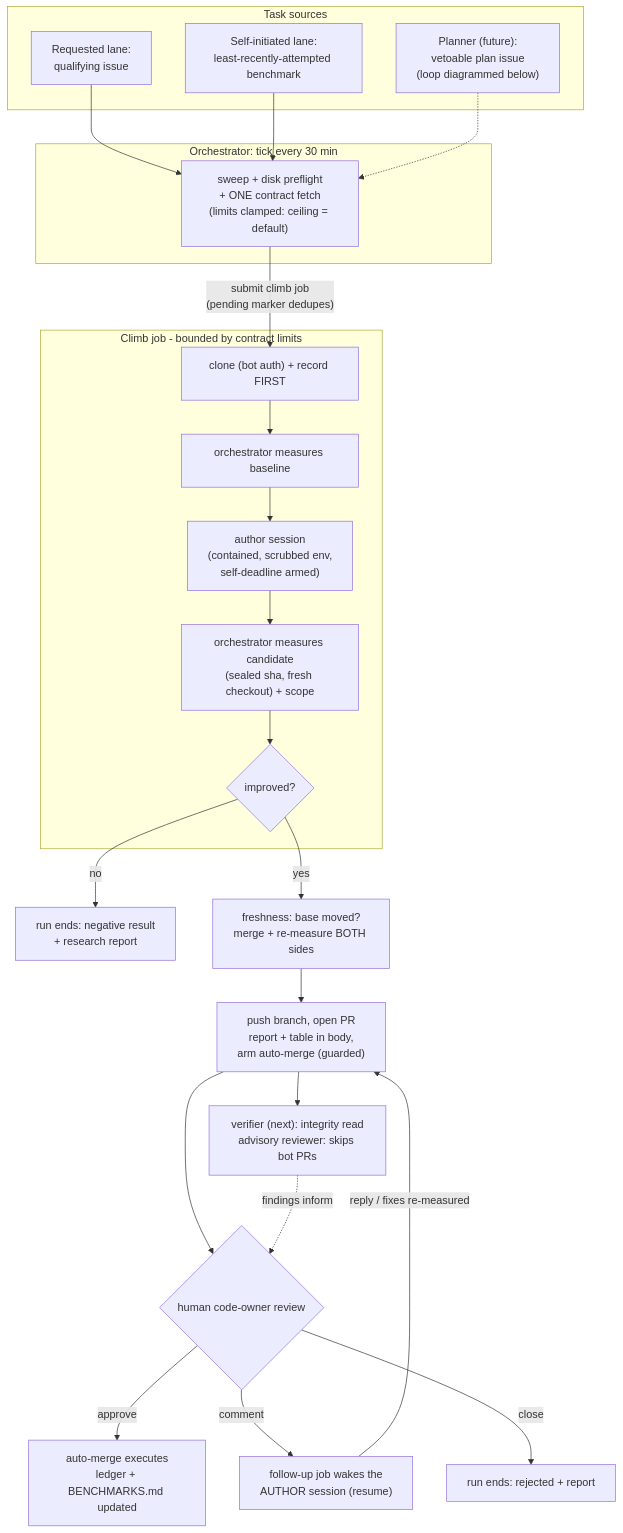
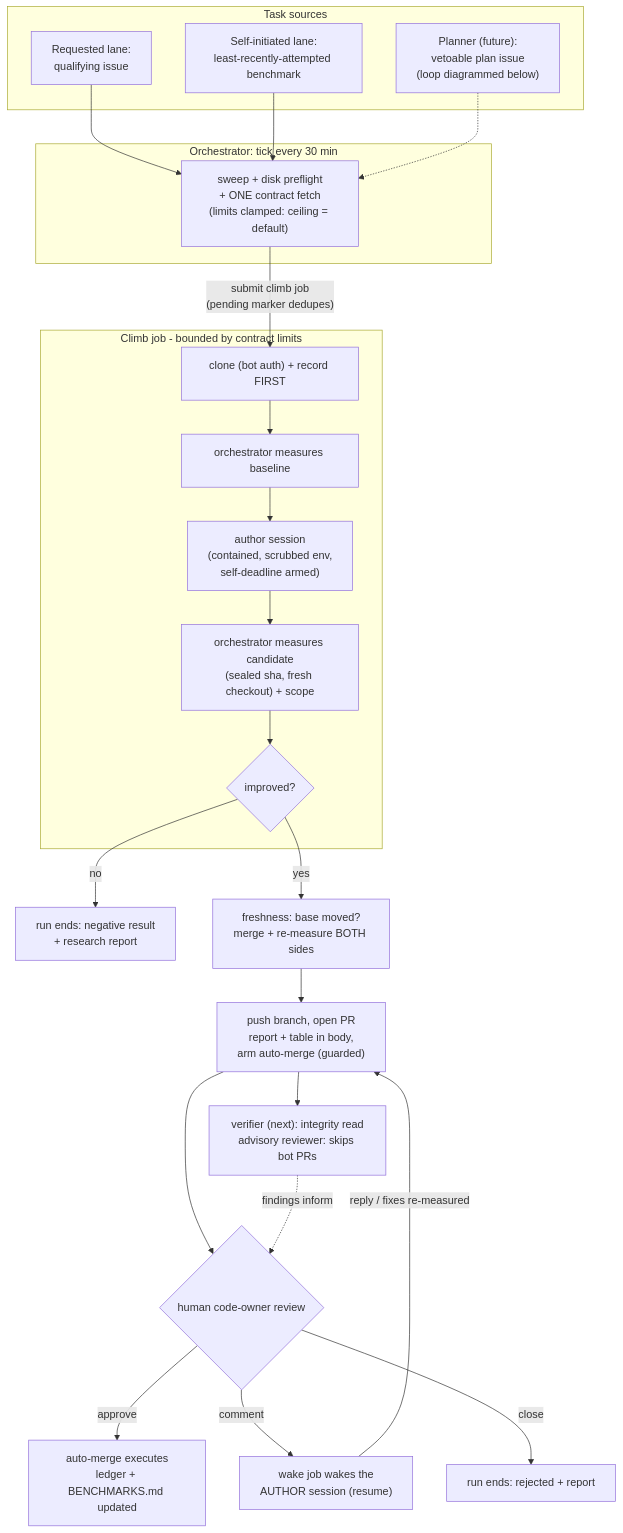
The first of 4 diagrams in docs/design/roles.md (outerloop-science/outerloop), drawn with Mermaid before and after one commit. The commit also changed other lines of this file and 44 other files, not shown here.

````diff
--- a/docs/design/roles.md
+++ b/docs/design/roles.md
@@ -38,37 +38,37 @@
 ```mermaid
 flowchart TD
     subgraph sources [Task sources]
         I["Requested lane:<br/>qualifying issue"]
         S["Self-initiated lane:<br/>least-recently-attempted benchmark"]
         P["Planner (future):<br/>vetoable plan issue<br/>(loop diagrammed below)"]
     end
 
     subgraph tick [Orchestrator: tick every 30 min]
         T["sweep + disk preflight<br/>+ ONE contract fetch<br/>(limits clamped: ceiling = default)"]
     end
 
     I --> T
     S --> T
     P -.-> T
 
     subgraph climb [Climb job - bounded by contract limits]
         C["clone (bot auth) + record FIRST"] --> B["orchestrator measures baseline"]
         B --> A["author session<br/>(contained, scrubbed env,<br/>self-deadline armed)"]
         A --> E["orchestrator measures candidate<br/>(sealed sha, fresh checkout) + scope"]
         E --> F{improved?}
     end
 
     T -->|"submit climb job<br/>(pending marker dedupes)"| C
 
     F -->|no| R0["run ends: negative result<br/>+ research report"]
     F -->|yes| G["freshness: base moved?<br/>merge + re-measure BOTH sides"]
     G --> PR["push branch, open PR<br/>report + table in body,<br/>arm auto-merge (guarded)"]
 
     PR --> V["verifier (next): integrity read<br/>advisory reviewer: skips bot PRs"]
     PR --> H{human code-owner review}
     V -.->|findings inform| H
     H -->|approve| M["auto-merge executes<br/>ledger + BENCHMARKS.md updated"]
-    H -->|comment| W["follow-up job wakes the<br/>AUTHOR session (resume)"]
+    H -->|comment| W["wake job wakes the<br/>AUTHOR session (resume)"]
     W -->|reply / fixes re-measured| PR
     H -->|close| R1["run ends: rejected + report"]
 ```
````
